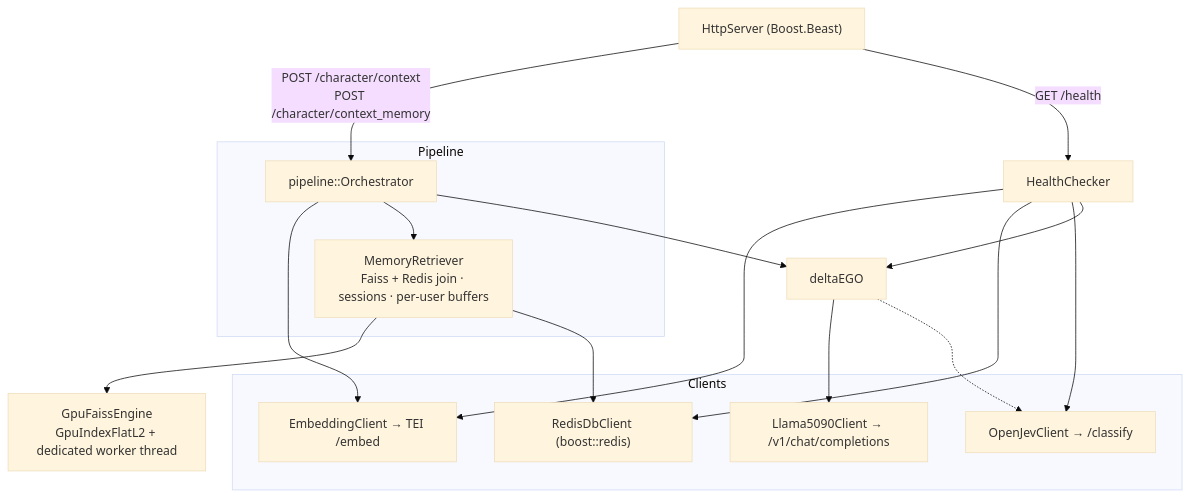
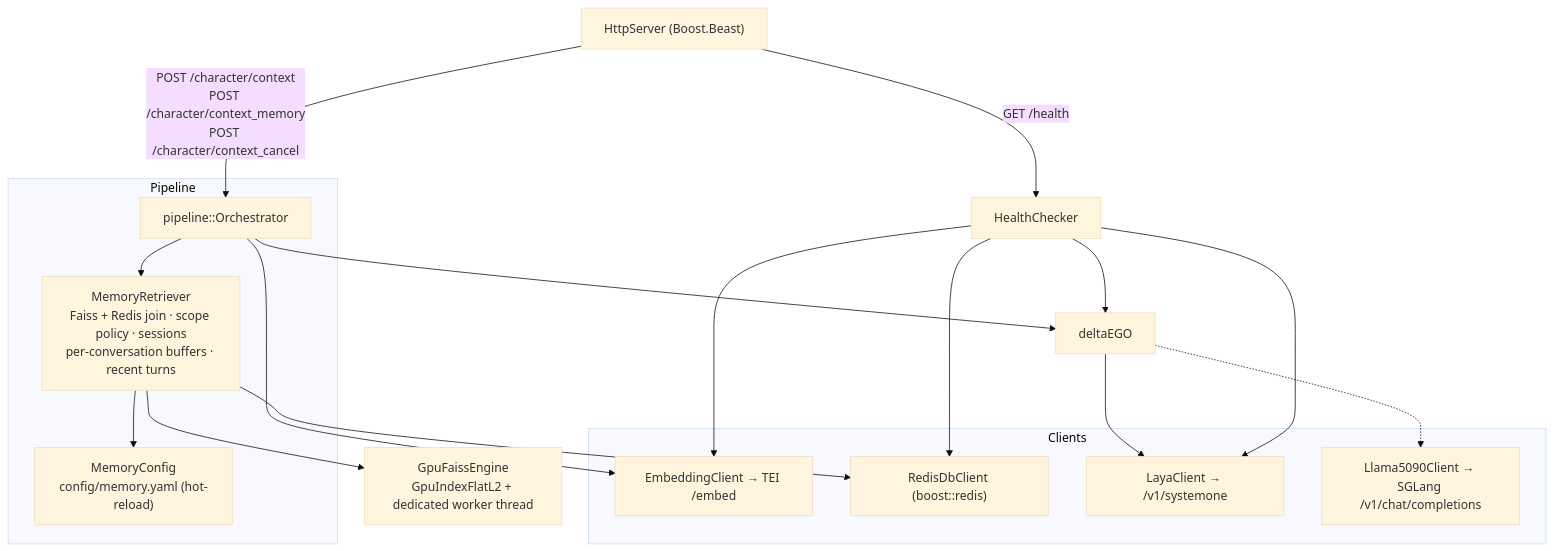
The fifth of 9 diagrams in README.md (deltaAnima/Project_deltaAnima), drawn with Mermaid (base theme) before and after one commit. The commit also changed other lines of this file, not shown here.

Commit message:
DOCS: update README for Laya, SGLang, identity scopes, Discord route, TUI

````diff
--- a/README.md
+++ b/README.md
@@ -370,28 +410,30 @@
 ```mermaid
 flowchart TB
     HS["HttpServer (Boost.Beast)"]
     subgraph Pipeline
         ORC["pipeline::Orchestrator"]
-        MR["MemoryRetriever<br/>Faiss + Redis join · sessions · per-user buffers"]
+        MR["MemoryRetriever<br/>Faiss + Redis join · scope policy · sessions<br/>per-conversation buffers · recent turns"]
+        MC["MemoryConfig<br/>config/memory.yaml (hot-reload)"]
     end
     subgraph Clients
         EMB["EmbeddingClient → TEI /embed"]
         RD["RedisDbClient (boost::redis)"]
-        OJ["OpenJevClient → /classify"]
-        LL["Llama5090Client → /v1/chat/completions"]
+        OJ["LayaClient → /v1/systemone"]
+        LL["Llama5090Client → SGLang /v1/chat/completions"]
     end
     GFE["GpuFaissEngine<br/>GpuIndexFlatL2 + dedicated worker thread"]
     EGO["deltaEGO"]
     HC["HealthChecker"]
 
-    HS -- "POST /character/context<br/>POST /character/context_memory" --> ORC
+    HS -- "POST /character/context<br/>POST /character/context_memory<br/>POST /character/context_cancel" --> ORC
     HS -- "GET /health" --> HC
     ORC --> EMB
     ORC --> MR
     ORC --> EGO
     MR --> GFE
     MR --> RD
-    EGO --> LL
-    EGO -.-> OJ
+    MR --> MC
+    EGO --> OJ
+    EGO -.-> LL
     HC --> EMB & RD & OJ & EGO
 ```
````
